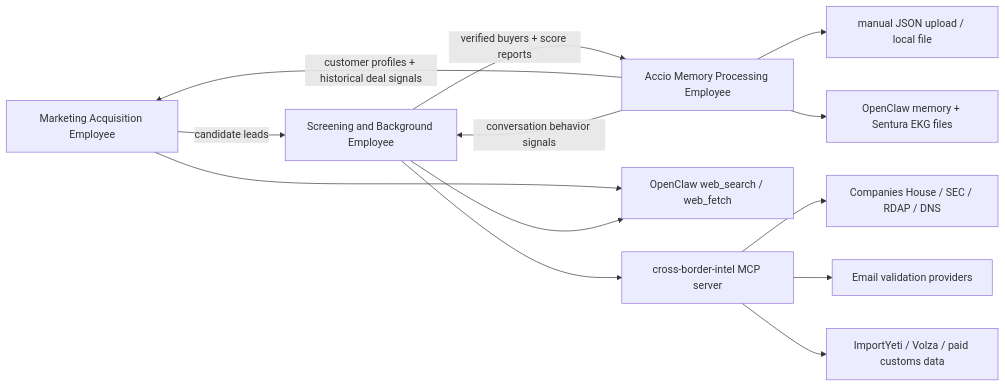
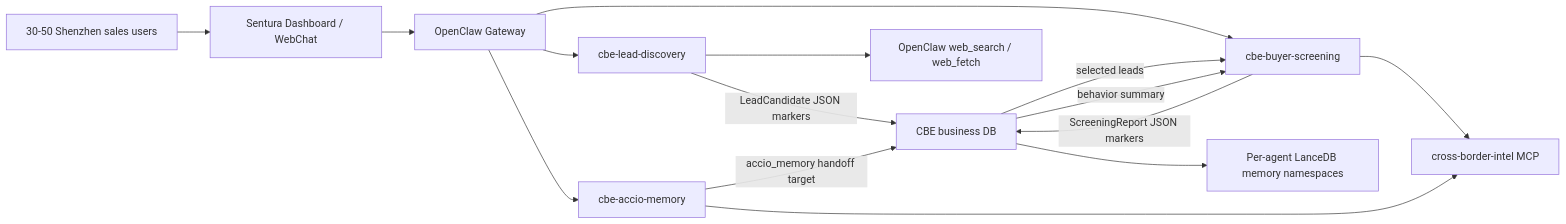
The diagram in 跨境电商/DESIGN.md (Sentura-Inc/Sentura-Platform), drawn with Mermaid before and after one commit. The commit also changed other lines of this file and 10 other files, not shown here.

````diff
--- a/跨境电商/DESIGN.md
+++ b/跨境电商/DESIGN.md
@@ -99,17 +200,19 @@
 ```mermaid
 flowchart LR
-  A["Marketing Acquisition Employee"] -->|"candidate leads"| B["Screening and Background Employee"]
-  B -->|"verified buyers + score reports"| C["Accio Memory Processing Employee"]
-  C -->|"customer profiles + historical deal signals"| A
-  C -->|"conversation behavior signals"| B
+  U["30-50 Shenzhen sales users"] --> D["Sentura Dashboard / WebChat"]
+  D --> G["OpenClaw Gateway"]
+  G --> L["cbe-lead-discovery"]
+  G --> S["cbe-buyer-screening"]
+  G --> M["cbe-accio-memory"]
 
-  A --> WS["OpenClaw web_search / web_fetch"]
-  B --> WS
-  B --> MCP["cross-border-intel MCP server"]
-  C --> FS["manual JSON upload / local file"]
-  C --> MEM["OpenClaw memory + Sentura EKG files"]
+  L -->|"LeadCandidate JSON markers"| DB["CBE business DB"]
+  DB -->|"selected leads"| S
+  M -->|"accio_memory handoff target"| DB
+  DB -->|"behavior summary"| S
+  S -->|"ScreeningReport JSON markers"| DB
 
-  MCP --> R1["Companies House / SEC / RDAP / DNS"]
-  MCP --> R2["Email validation providers"]
-  MCP --> R3["ImportYeti / Volza / paid customs data"]
+  L --> WS["OpenClaw web_search / web_fetch"]
+  S --> INTEL["cross-border-intel MCP"]
+  M --> INTEL
+  DB --> MEM["Per-agent LanceDB memory namespaces"]
 ```
````
